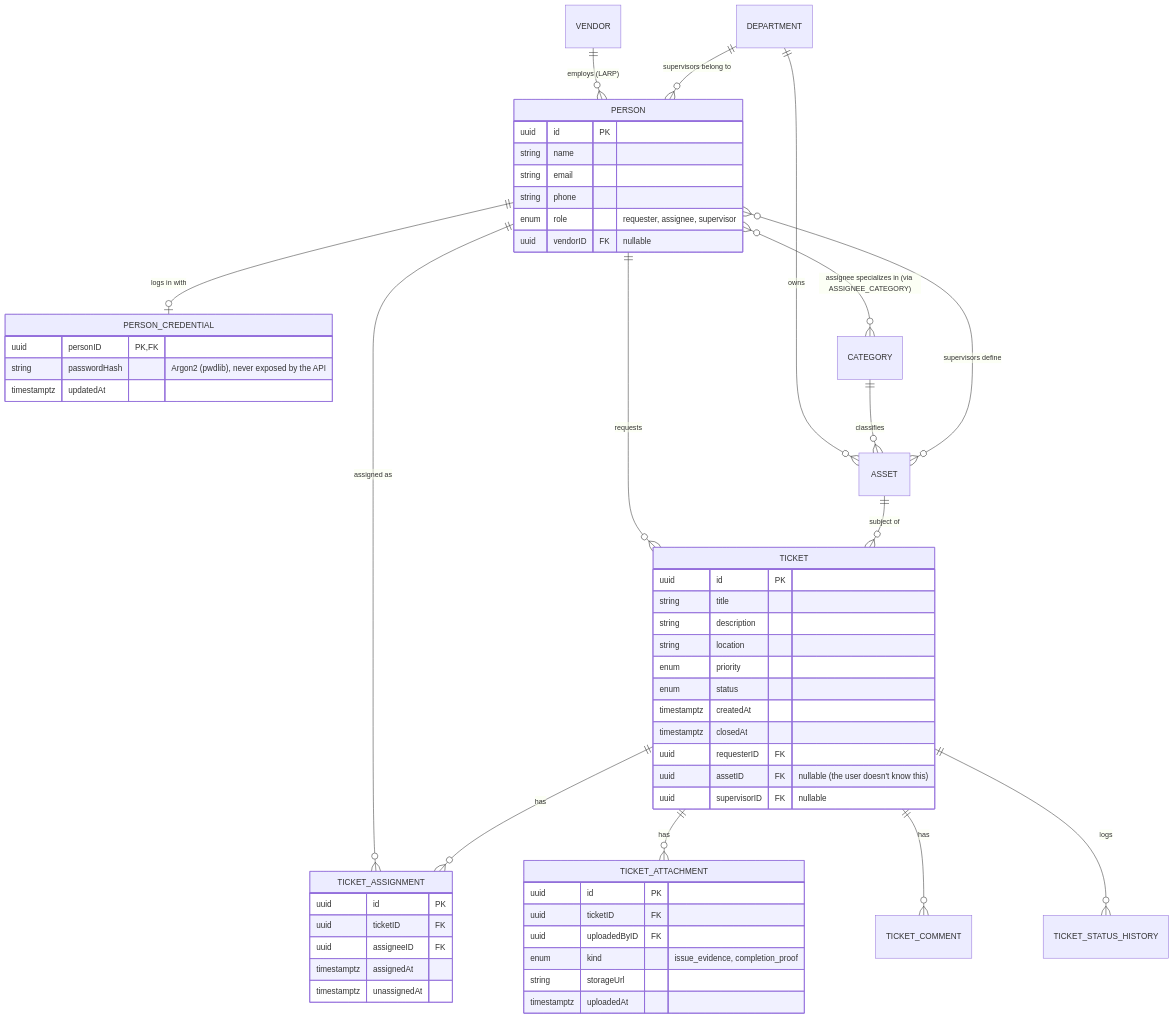
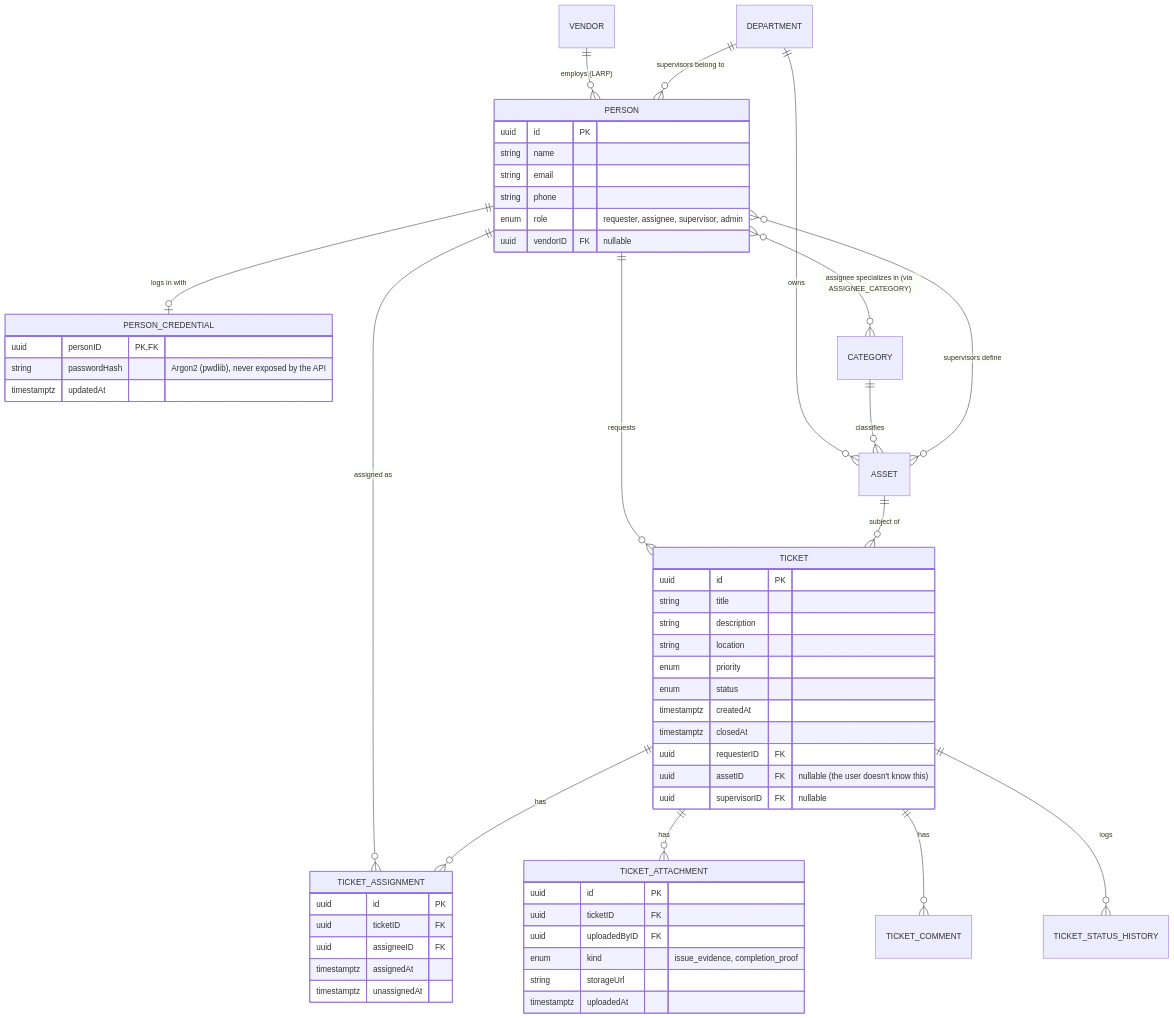
Before and after one commit to r-ethan18/Support-Ticketing-System: the diagram in ER.mmd, drawn with Mermaid.

Commit message:
docs(er): add admin to person role enum

```diff
--- a/ER.mmd
+++ b/ER.mmd
@@ -1,56 +1,56 @@
 erDiagram
   PERSON ||--o{ TICKET : "requests"
   PERSON ||--o{ TICKET_ASSIGNMENT : "assigned as"
   PERSON ||--o| PERSON_CREDENTIAL : "logs in with"
   VENDOR ||--o{ PERSON : "employs (LARP)"
   DEPARTMENT ||--o{ ASSET : "owns"
   DEPARTMENT ||--o{ PERSON : "supervisors belong to"
   CATEGORY ||--o{ ASSET : "classifies"
   PERSON }o--o{ CATEGORY : "assignee specializes in (via ASSIGNEE_CATEGORY)"
   PERSON }o--o{ ASSET : "supervisors define"
   ASSET ||--o{ TICKET : "subject of"
   TICKET ||--o{ TICKET_ASSIGNMENT : "has"
   TICKET ||--o{ TICKET_ATTACHMENT : "has"
   TICKET ||--o{ TICKET_COMMENT : "has"
   TICKET ||--o{ TICKET_STATUS_HISTORY : "logs"
   PERSON {
     uuid id PK
     string name
     string email
     string phone
-    enum role "requester, assignee, supervisor"
+    enum role "requester, assignee, supervisor, admin"
     uuid vendorID FK "nullable"
   }
   TICKET {
     uuid id PK
     string title
     string description
     string location
     enum priority
     enum status
     timestamptz createdAt
     timestamptz closedAt
     uuid requesterID FK
     uuid assetID FK "nullable (the user doesn't know this)"
     uuid supervisorID FK "nullable"
   }
   TICKET_ASSIGNMENT {
     uuid id PK
     uuid ticketID FK
     uuid assigneeID FK
     timestamptz assignedAt
     timestamptz unassignedAt
   }
   TICKET_ATTACHMENT {
     uuid id PK
     uuid ticketID FK
     uuid uploadedByID FK
     enum kind "issue_evidence, completion_proof"
     string storageUrl
     timestamptz uploadedAt
   }
   PERSON_CREDENTIAL {
     uuid personID PK, FK
     string passwordHash "Argon2 (pwdlib), never exposed by the API"
     timestamptz updatedAt
   }
```
